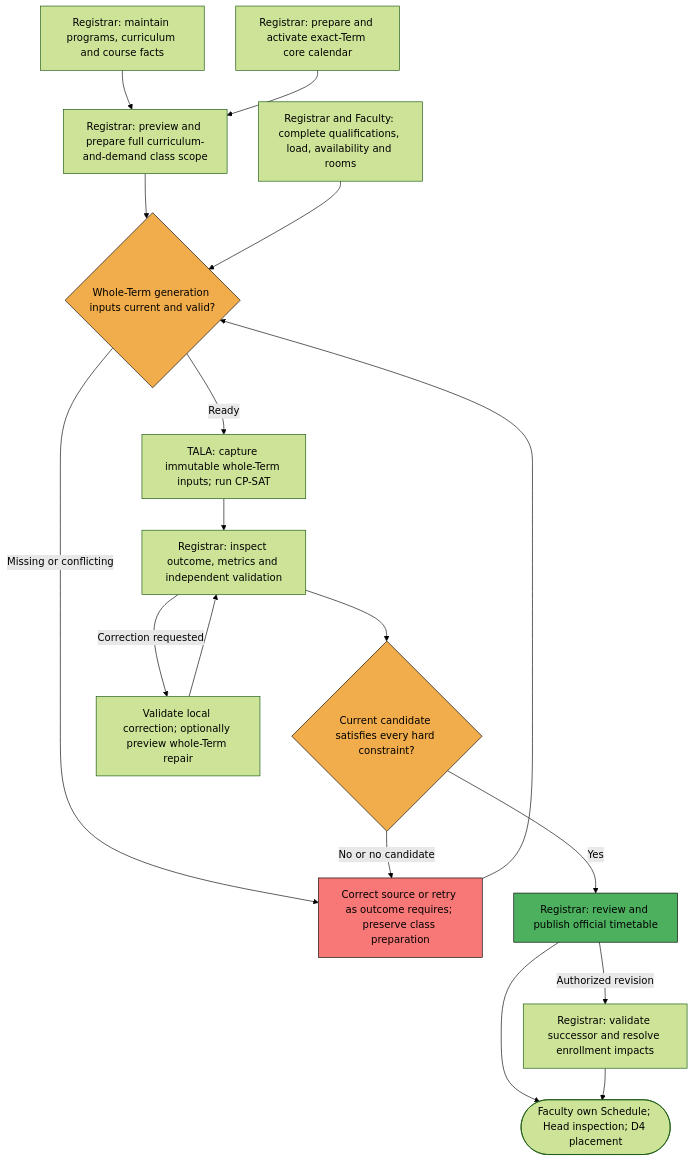
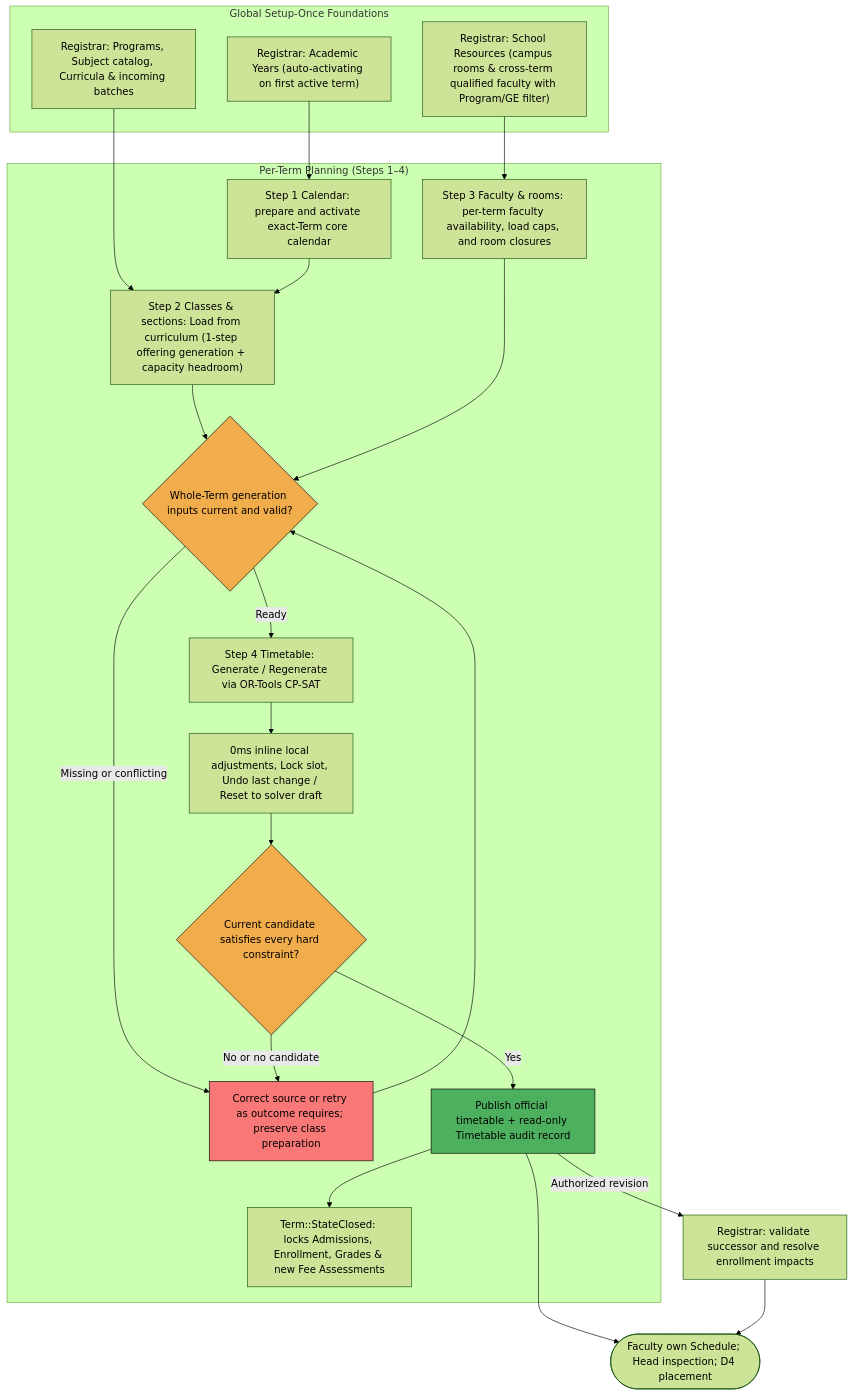
One commit to yosoykyle/SIA-TALA changed the fourth of 7 diagrams in 00_Project_Documents/TALA-System-Lifecycle-Flowchart.md. Above: the diagram before and after it, drawn with Mermaid (forest theme). The commit also changed other lines of this file and 288 other files, not shown here.

Commit message:
feat(#93): complete Catalog, Term Planning, Timetable Studio, and shared DESIGN.md overhaul

````diff
--- a/00_Project_Documents/TALA-System-Lifecycle-Flowchart.md
+++ b/00_Project_Documents/TALA-System-Lifecycle-Flowchart.md
@@ -119,28 +127,43 @@
 ```mermaid
 flowchart TB
-  CATALOG["Registrar: maintain programs, curriculum and course facts"]
-  CALENDAR["Registrar: prepare and activate exact-Term core calendar"]
-  CATALOG --> CLASSES["Registrar: preview and prepare full curriculum-and-demand class scope"]
-  CALENDAR --> CLASSES
-  RESOURCES["Registrar and Faculty: complete qualifications, load, availability and rooms"]
-  CLASSES --> CHECK{"Whole-Term generation inputs current and valid?"}
-  RESOURCES --> CHECK
-  CHECK -->|Missing or conflicting| REMEDY["Correct source or retry as outcome requires; preserve class preparation"]
+  subgraph GLOBAL["Global Setup-Once Foundations"]
+    CATALOG["Registrar: Programs, Subject catalog, Curricula & incoming batches"]
+    AY["Registrar: Academic Years (auto-activating on first active term)"]
+    SCHOOL_RES["Registrar: School Resources (campus rooms & cross-term qualified faculty with Program/GE filter)"]
+  end
+  subgraph TERM["Per-Term Planning (Steps 1–4)"]
+    STEP1["Step 1 Calendar: prepare and activate exact-Term core calendar"]
+    STEP2["Step 2 Classes & sections: Load from curriculum (1-step offering generation + capacity headroom)"]
+    STEP3["Step 3 Faculty & rooms: per-term faculty availability, load caps, and room closures"]
+    CHECK{"Whole-Term generation inputs current and valid?"}
+    REMEDY["Correct source or retry as outcome requires; preserve class preparation"]
+    STEP4["Step 4 Timetable: Generate / Regenerate via OR-Tools CP-SAT"]
+    ADJUST["0ms inline local adjustments, Lock slot, Undo last change / Reset to solver draft"]
+    DECIDE{"Current candidate satisfies every hard constraint?"}
+    PUBLISH["Publish official timetable + read-only Timetable audit record"]
+    CLOSED["Term::StateClosed: locks Admissions, Enrollment, Grades & new Fee Assessments"]
+  end
+  CATALOG --> STEP2
+  AY --> STEP1
+  STEP1 --> STEP2
+  SCHOOL_RES --> STEP3
+  STEP2 --> CHECK
+  STEP3 --> CHECK
+  CHECK -->|Missing or conflicting| REMEDY
   REMEDY --> CHECK
-  CHECK -->|Ready| SOLVE["TALA: capture immutable whole-Term inputs; run CP-SAT"]
-  SOLVE --> RESULT["Registrar: inspect outcome, metrics and independent validation"]
-  RESULT --> DECIDE{"Current candidate satisfies every hard constraint?"}
+  CHECK -->|Ready| STEP4
+  STEP4 --> ADJUST
+  ADJUST --> DECIDE
   DECIDE -->|No or no candidate| REMEDY
-  DECIDE -->|Yes| PUBLISH["Registrar: review and publish official timetable"]
-  RESULT -->|Correction requested| CORRECT["Validate local correction; optionally preview whole-Term repair"]
-  CORRECT --> RESULT
+  DECIDE -->|Yes| PUBLISH
   PUBLISH --> VIEWS(["Faculty own Schedule; Head inspection; D4 placement"])
   PUBLISH -->|Authorized revision| REVISION["Registrar: validate successor and resolve enrollment impacts"]
   REVISION --> VIEWS
+  PUBLISH --> CLOSED
   classDef askBox fill:#F1AC4B,stroke:#000000,color:#000000;
   classDef warnBox fill:#F87777,stroke:#000000,color:#000000;
   classDef paperBox fill:#4CB05E,stroke:#000000,color:#000000;
   class CHECK,DECIDE askBox;
   class REMEDY warnBox;
   class PUBLISH paperBox;
 ```
````
